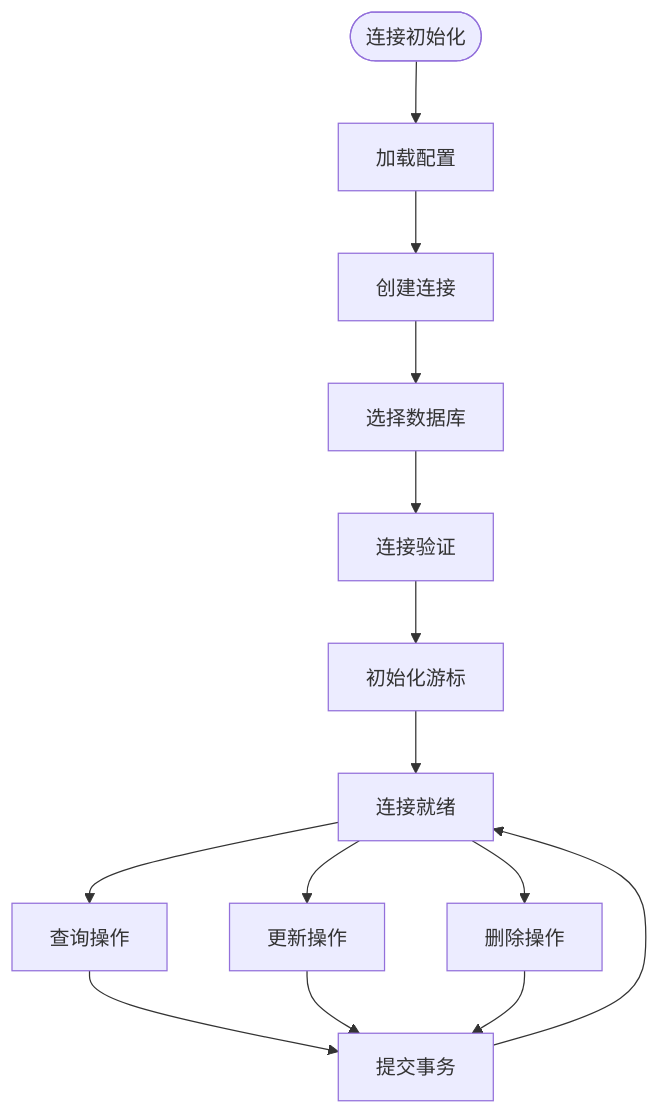
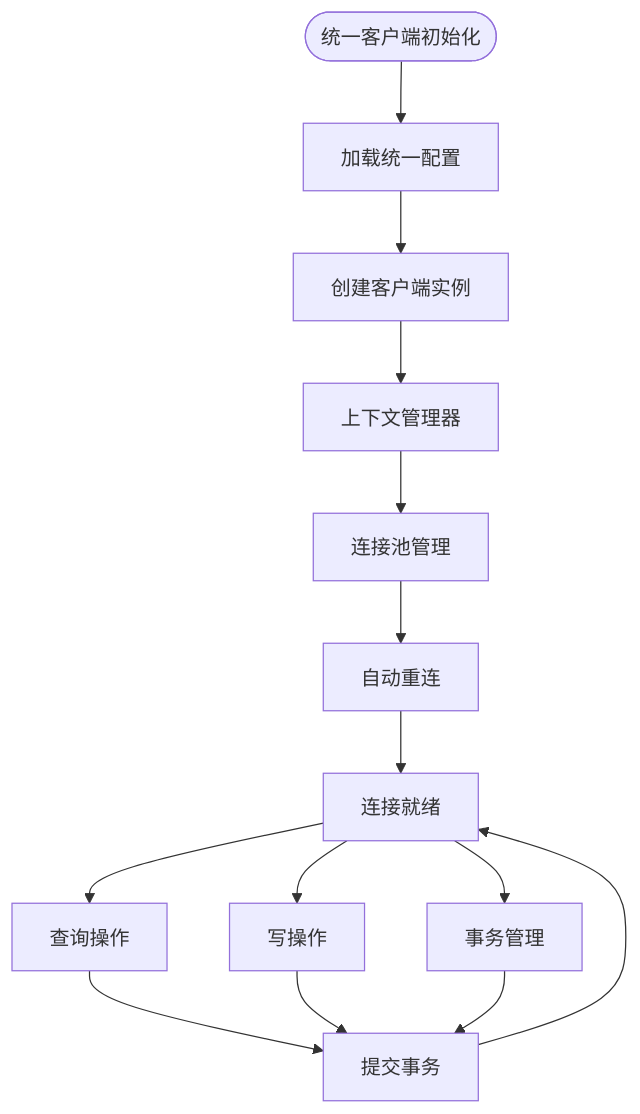
The fifth of 16 diagrams in .qoder/repowiki/zh/content/数据库管理/MySQL连接管理.md (liximing1-ola/qa-payTest), drawn with Mermaid before and after one commit. The commit also changed other lines of this file and 6 other files, not shown here.

````diff
--- a/.qoder/repowiki/zh/content/数据库管理/MySQL连接管理.md
+++ b/.qoder/repowiki/zh/content/数据库管理/MySQL连接管理.md
@@ -220,16 +238,16 @@
 ```mermaid
 flowchart TD
-Start([连接初始化]) --> LoadConfig[加载配置]
-LoadConfig --> CreateConn[创建连接]
-CreateConn --> SelectDB[选择数据库]
-SelectDB --> PingCheck[连接验证]
-PingCheck --> InitCursor[初始化游标]
-InitCursor --> Ready[连接就绪]
+Start([统一客户端初始化]) --> LoadConfig[加载统一配置]
+LoadConfig --> CreateClient[创建客户端实例]
+CreateClient --> ContextManager[上下文管理器]
+ContextManager --> ConnectionPool[连接池管理]
+ConnectionPool --> AutoReconnect[自动重连]
+AutoReconnect --> Ready[连接就绪]
 Ready --> Query[查询操作]
-Ready --> Update[更新操作]
-Ready --> Delete[删除操作]
+Ready --> Write[写操作]
+Ready --> Transaction[事务管理]
 Query --> Commit[提交事务]
-Update --> Commit
-Delete --> Commit
+Write --> Commit
+Transaction --> Commit
 Commit --> Ready
 ```
````
